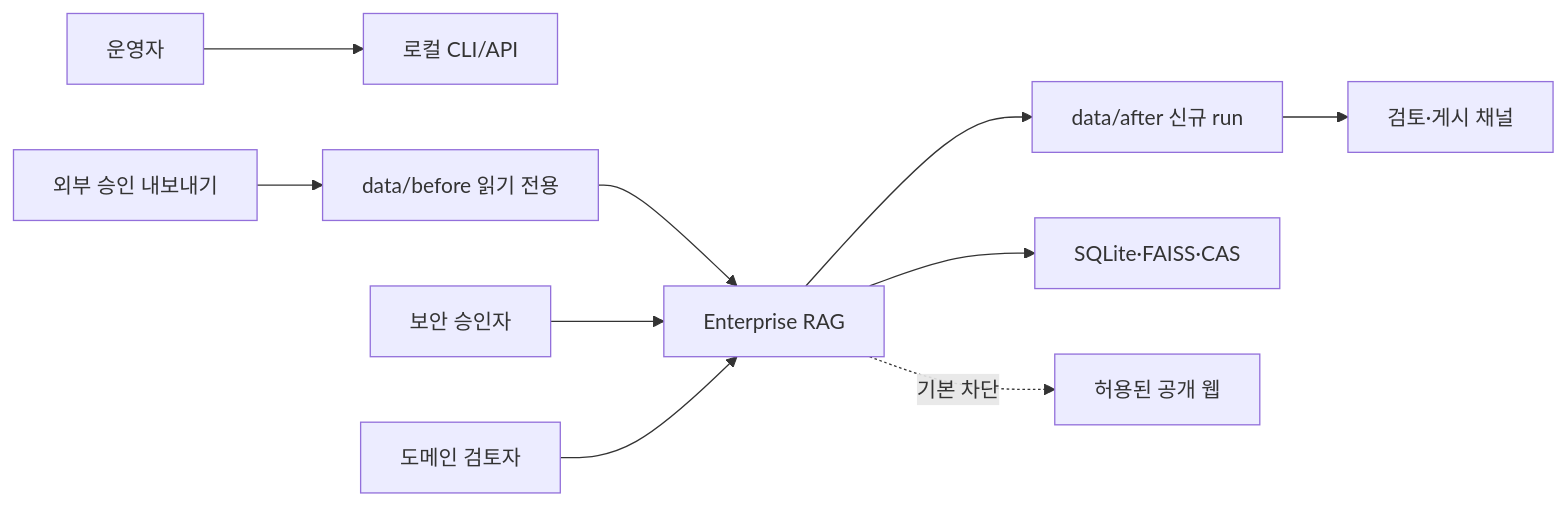
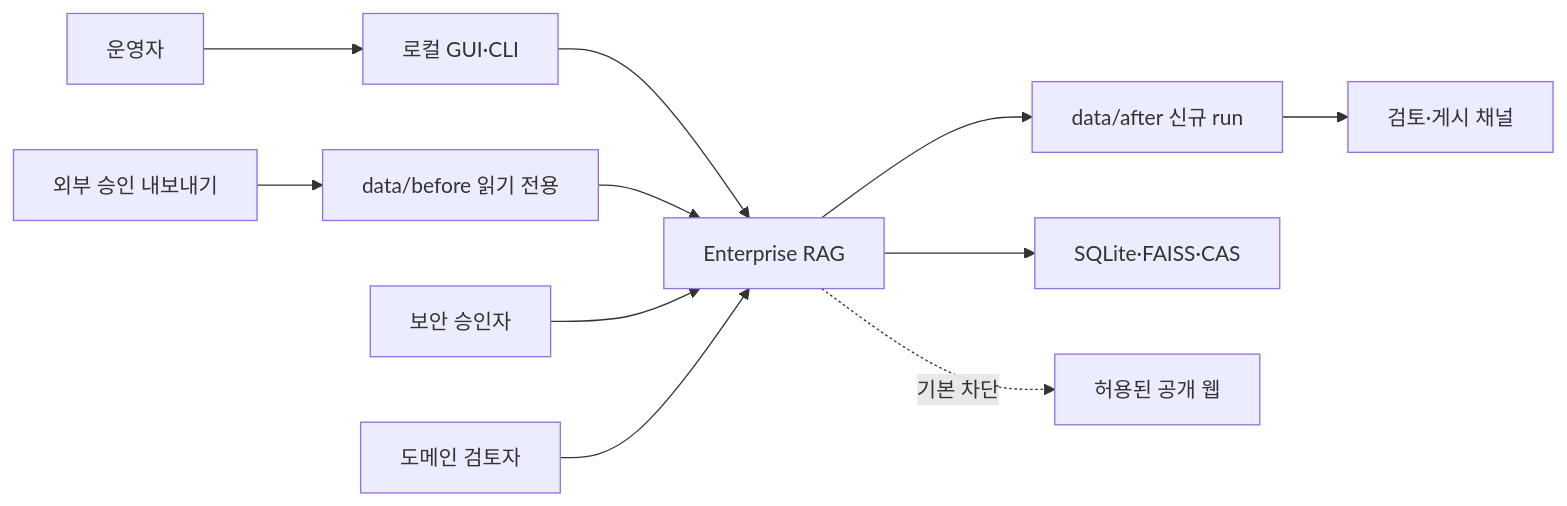
One commit to creatorjun/RAG changed the first of 6 diagrams in docs/architecture.md. Above: the diagram before and after it, drawn with Mermaid. The commit also changed other lines of this file and 31 other files, not shown here.

````diff
--- a/docs/architecture.md
+++ b/docs/architecture.md
@@ -10,12 +10,13 @@
 ```mermaid
 flowchart LR
-    OP["운영자"] --> CLI["로컬 CLI/API"]
+    OP["운영자"] --> UI["로컬 GUI·CLI"]
     EX["외부 승인 내보내기"] --> BEFORE["data/before 읽기 전용"]
-    BEFORE --> SYS["Enterprise RAG"]
+    UI --> SYS["Enterprise RAG"]
+    BEFORE --> SYS
     SYS --> AFTER["data/after 신규 run"]
     AFTER --> WIKI["검토·게시 채널"]
     SYS --> DB["SQLite·FAISS·CAS"]
     SYS -. "기본 차단" .-> WEB["허용된 공개 웹"]
     SEC["보안 승인자"] --> SYS
     REV["도메인 검토자"] --> SYS
 ```
````
